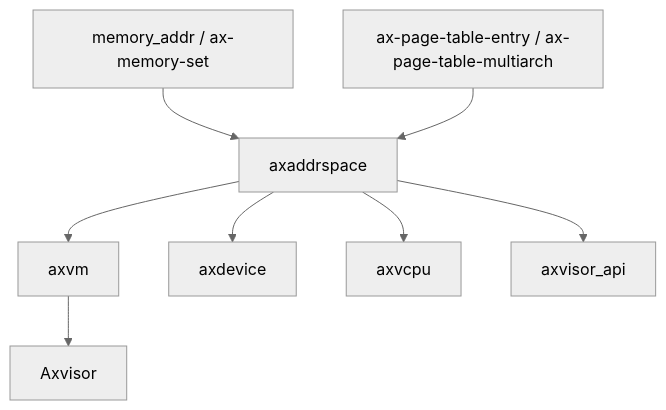
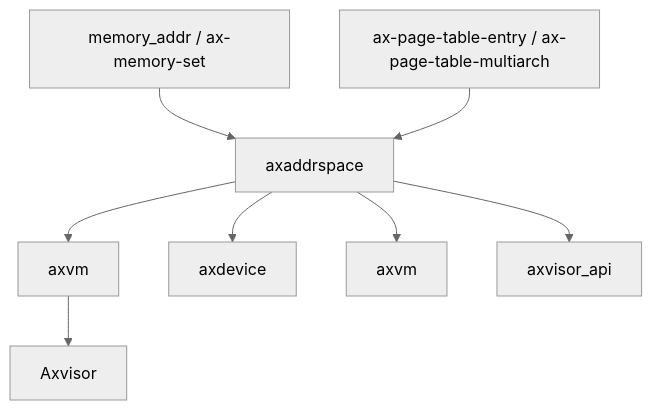
One commit to rcore-os/tgoskits changed the second of 2 diagrams in docs/docs/components/crates/axaddrspace.md. Above: the diagram before and after it, drawn with Mermaid (neutral theme). The commit also changed other lines of this file and 79 other files, not shown here.

````diff
--- a/docs/docs/components/crates/axaddrspace.md
+++ b/docs/docs/components/crates/axaddrspace.md
@@ -260,10 +260,10 @@
 ```mermaid
 graph TD
     A[memory_addr / ax-memory-set] --> B[axaddrspace]
     C[ax-page-table-entry / ax-page-table-multiarch] --> B
     B --> D[axvm]
     B --> E[axdevice]
-    B --> F[axvcpu]
+    B --> F[axvm]
     B --> G[axvisor_api]
     D --> H[Axvisor]
 ```
````
